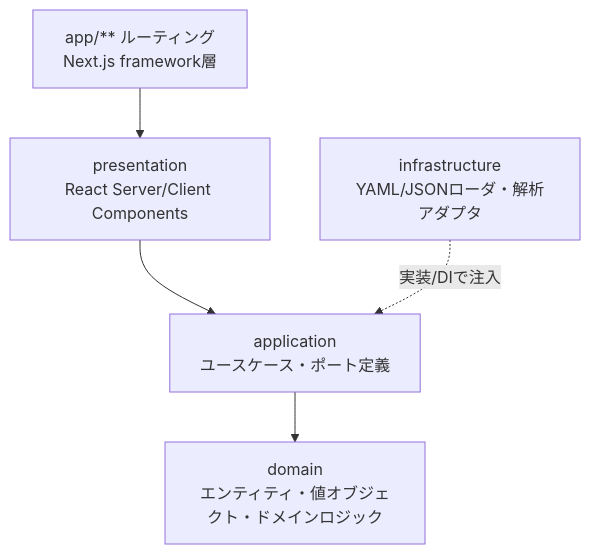
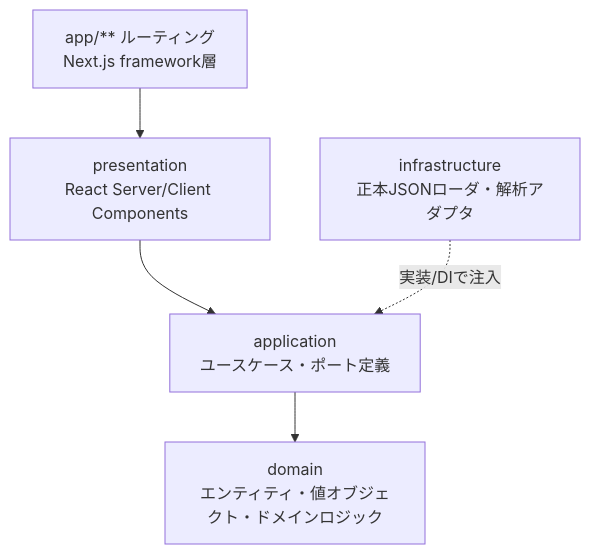
Before and after one commit to dayaa-arch/kodomo-support-commons: the second of 5 diagrams in docs/functional-design.md, drawn with Mermaid. The commit also changed other lines of this file and 31 other files, not shown here.

````diff
--- a/docs/functional-design.md
+++ b/docs/functional-design.md
@@ -51,7 +49,7 @@
 ```mermaid
 flowchart TD
   P[presentation<br/>React Server/Client Components] --> A[application<br/>ユースケース・ポート定義]
   A --> Dm[domain<br/>エンティティ・値オブジェクト・ドメインロジック]
-  I[infrastructure<br/>YAML/JSONローダ・解析アダプタ] -. 実装/DIで注入 .-> A
+  I[infrastructure<br/>正本JSONローダ・解析アダプタ] -. 実装/DIで注入 .-> A
   Route[app/** ルーティング<br/>Next.js framework層] --> P
 ```
````
